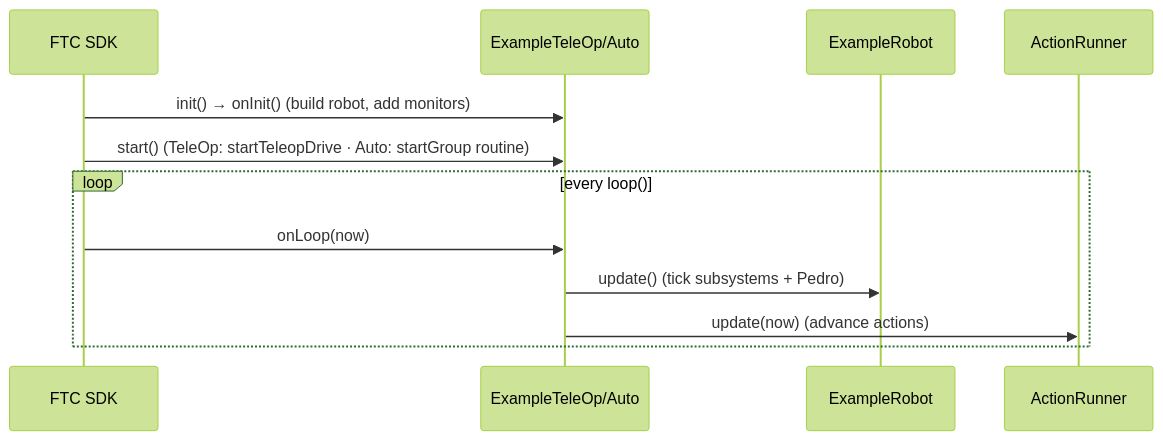
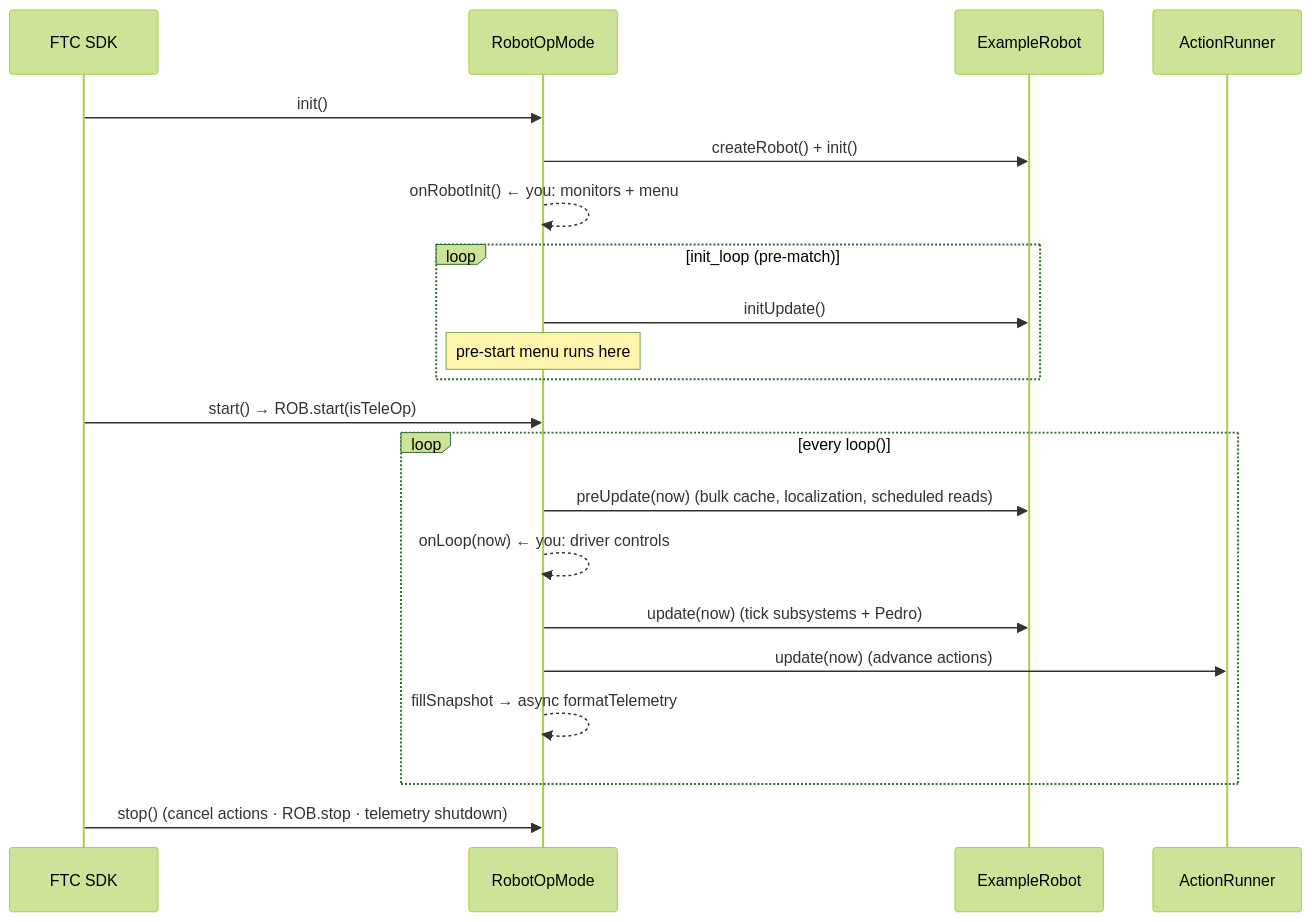
One commit to cstahie/defined changed the second of 2 diagrams in defined-example-ftc/README.md. Above: the diagram before and after it, drawn with Mermaid (forest theme). The commit also changed other lines of this file and 6 other files, not shown here.

````diff
--- a/defined-example-ftc/README.md
+++ b/defined-example-ftc/README.md
@@ -53,15 +73,24 @@
 ```mermaid
 sequenceDiagram
     participant SDK as FTC SDK
-    participant OP as ExampleTeleOp/Auto
+    participant OP as RobotOpMode
     participant ROB as ExampleRobot
     participant RUN as ActionRunner
 
-    SDK->>OP: init() → onInit()  (build robot, add monitors)
-    SDK->>OP: start()  (TeleOp: startTeleopDrive · Auto: startGroup routine)
+    SDK->>OP: init()
+    OP->>ROB: createRobot() + init()
+    OP-->>OP: onRobotInit()  ← you: monitors + menu
+    loop init_loop (pre-match)
+        OP->>ROB: initUpdate()
+        Note over OP: pre-start menu runs here
+    end
+    SDK->>OP: start()  →  ROB.start(isTeleOp)
     loop every loop()
-        SDK->>OP: onLoop(now)
-        OP->>ROB: update()  (tick subsystems + Pedro)
-        OP->>RUN: update(now)  (advance actions)
+        OP->>ROB: preUpdate(now)   (bulk cache, localization, scheduled reads)
+        OP-->>OP: onLoop(now)      ← you: driver controls
+        OP->>ROB: update(now)      (tick subsystems + Pedro)
+        OP->>RUN: update(now)      (advance actions)
+        OP-->>OP: fillSnapshot → async formatTelemetry
     end
+    SDK->>OP: stop()  (cancel actions · ROB.stop · telemetry shutdown)
 ```
````
